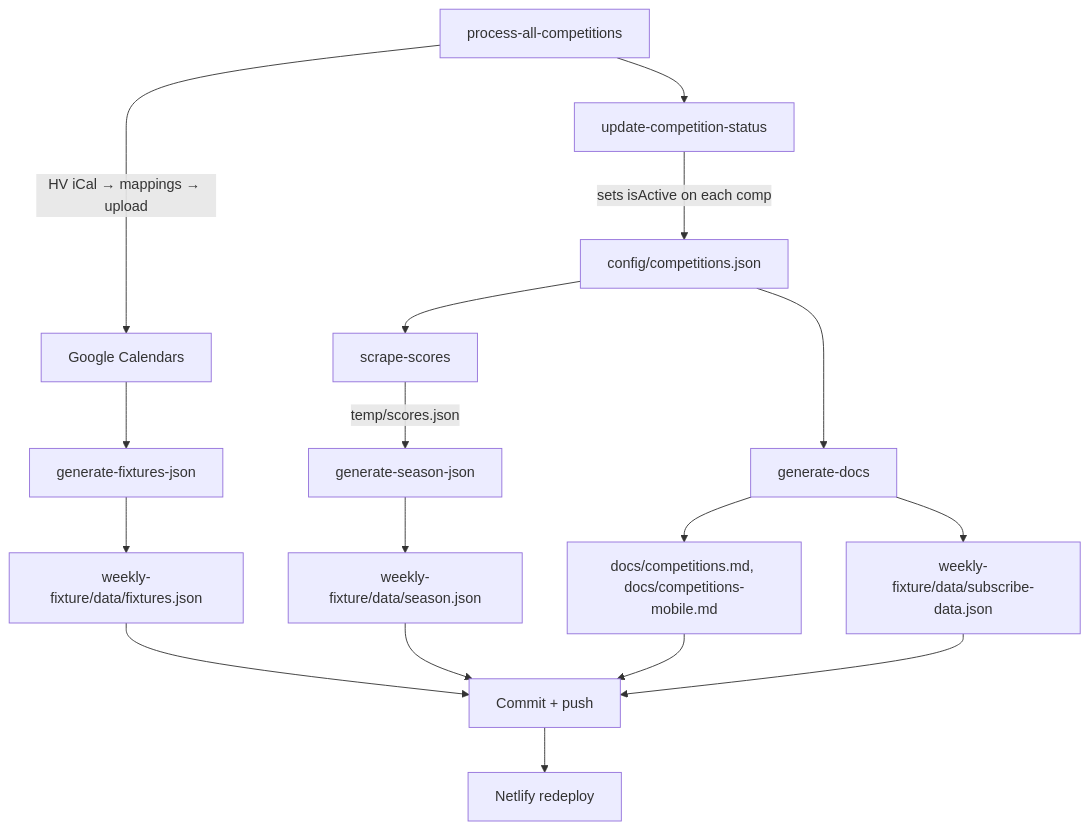
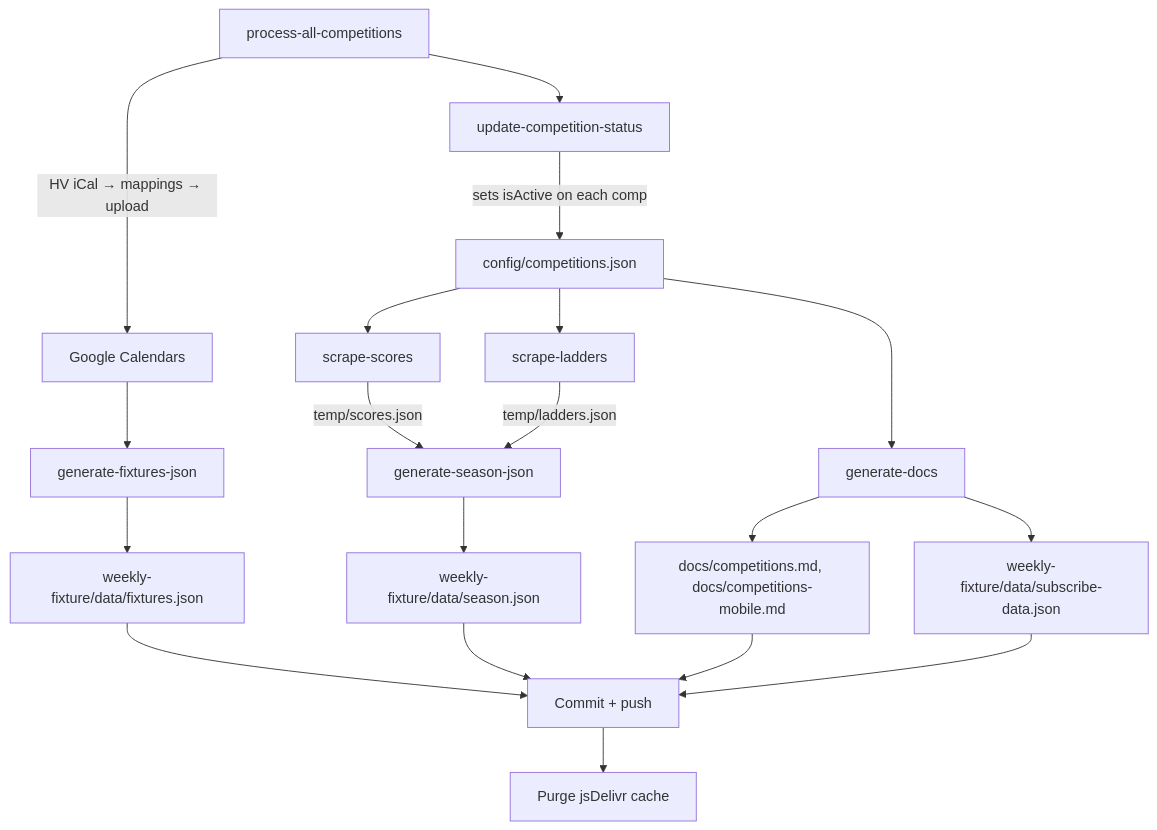
One commit to mawiseman/hockey-victoria-club-calendars changed the second of 2 diagrams in README.md. Above: the diagram before and after it, drawn with Mermaid. The commit also changed other lines of this file and 3 other files, not shown here.

````diff
--- a/README.md
+++ b/README.md
@@ -607,19 +597,21 @@
 ```mermaid
 graph TD
     A[process-all-competitions] -->|HV iCal → mappings → upload| B[Google Calendars]
     A --> C[update-competition-status]
     C -->|sets isActive on each comp| D[config/competitions.json]
     D --> E[scrape-scores]
-    E -->|temp/scores.json| F[generate-season-json]
-    B --> G[generate-fixtures-json]
-    G --> H[weekly-fixture/data/fixtures.json]
-    F --> I[weekly-fixture/data/season.json]
-    D --> J[generate-docs]
-    J --> K[docs/competitions.md, docs/competitions-mobile.md]
-    J --> L[weekly-fixture/data/subscribe-data.json]
-    H --> M[Commit + push]
-    I --> M
-    K --> M
-    L --> M
-    M --> N[Netlify redeploy]
+    D --> F[scrape-ladders]
+    E -->|temp/scores.json| G[generate-season-json]
+    F -->|temp/ladders.json| G
+    B --> H[generate-fixtures-json]
+    H --> I[weekly-fixture/data/fixtures.json]
+    G --> J[weekly-fixture/data/season.json]
+    D --> K[generate-docs]
+    K --> L[docs/competitions.md, docs/competitions-mobile.md]
+    K --> M[weekly-fixture/data/subscribe-data.json]
+    I --> N[Commit + push]
+    J --> N
+    L --> N
+    M --> N
+    N --> O[Purge jsDelivr cache]
 ```
````
